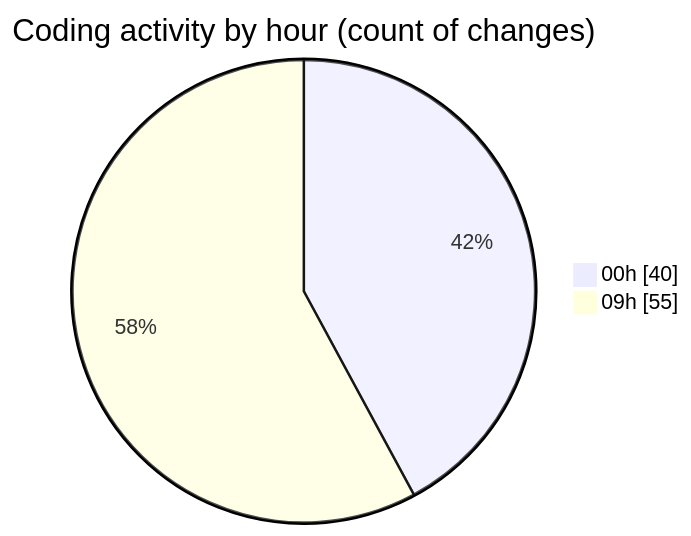
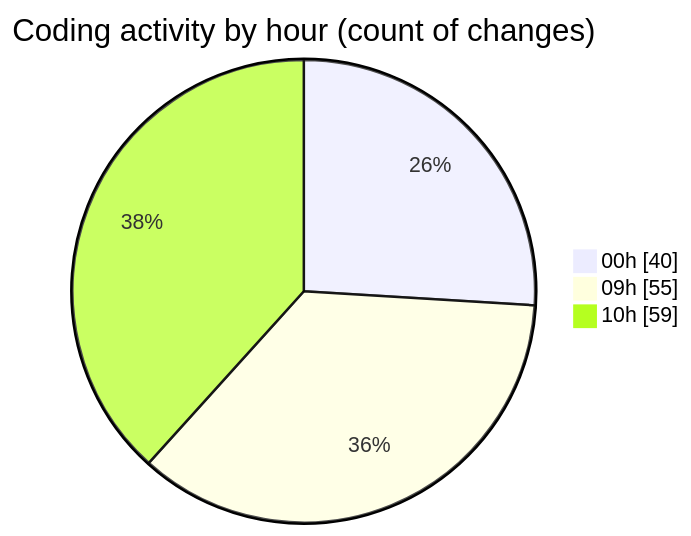
Before and after one commit to momahboobian/code-tracking: the second of 2 diagrams in 2025-06-18/cda/README.md, drawn with Mermaid. The commit also changed other lines of this file and 1 other file, not shown here.

````diff
--- a/2025-06-18/cda/README.md
+++ b/2025-06-18/cda/README.md
@@ -48,6 +50,7 @@
 ```mermaid
 pie showData
 title Coding activity by hour (count of changes)
 "00h" : 40
 "09h" : 55
+"10h" : 59
 ```
````
